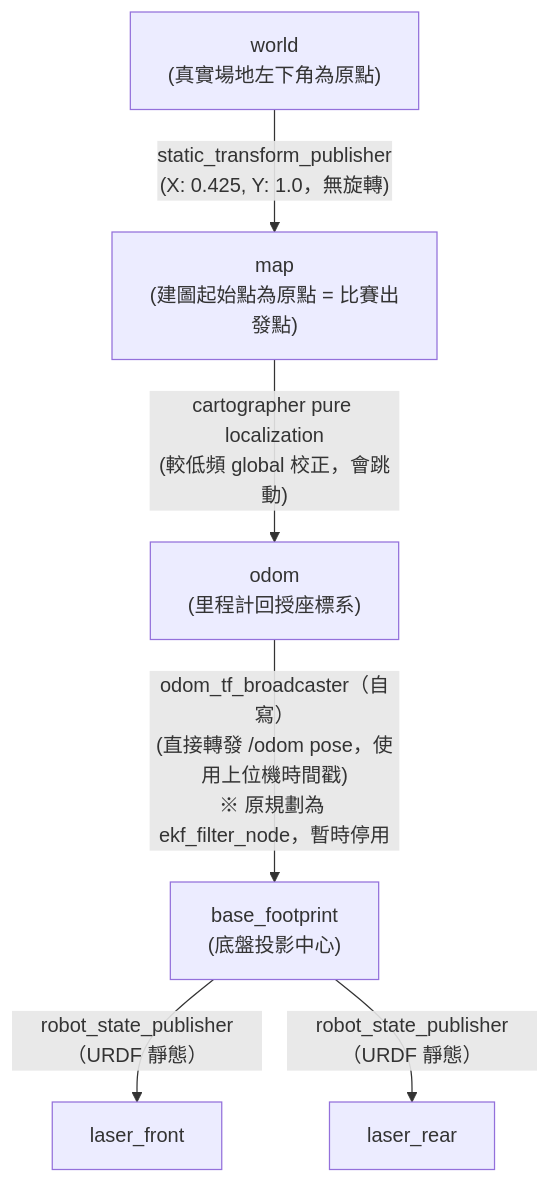
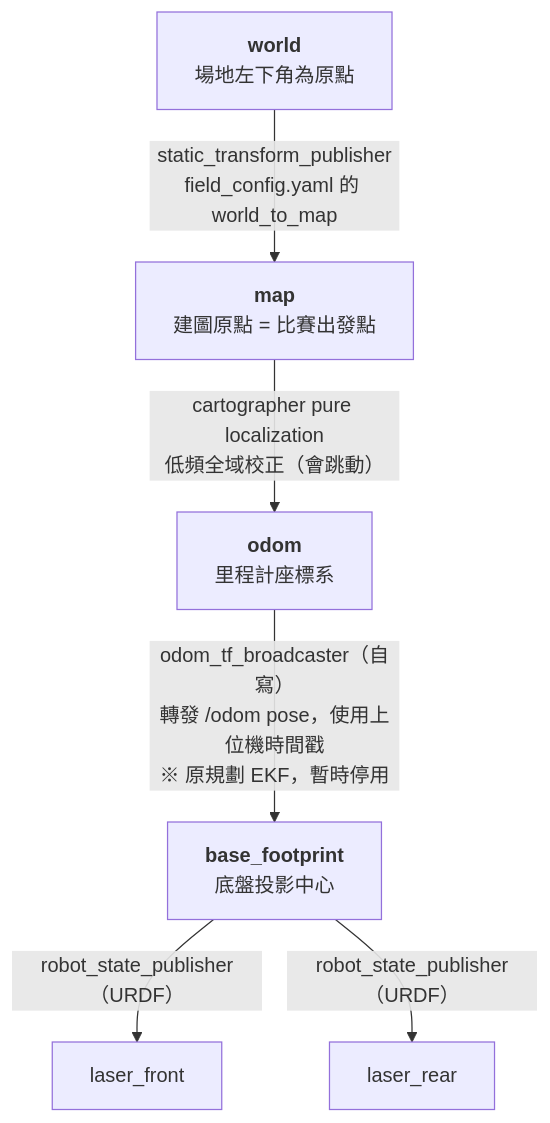
Before and after one commit to terryking0711/tdk_slam_ws: the fourth of 5 diagrams in README.md, drawn with Mermaid. The commit also changed other lines of this file, not shown here.

````diff
--- a/README.md
+++ b/README.md
@@ -130,15 +339,15 @@
 ```mermaid
-graph TD
-    world["world<br>(真實場地左下角為原點)"]
-    map["map<br>(建圖起始點為原點 = 比賽出發點)"]
-    odom["odom<br>(里程計回授座標系)"]
-    base_footprint["base_footprint<br>(底盤投影中心)"]
-    laser_front["laser_front"]
-    laser_rear["laser_rear"]
+flowchart TD
+    world["<b>world</b><br>場地左下角為原點"]
+    map["<b>map</b><br>建圖原點 = 比賽出發點"]
+    odom["<b>odom</b><br>里程計座標系"]
+    base["<b>base_footprint</b><br>底盤投影中心"]
+    lf["laser_front"]
+    lr["laser_rear"]
 
-    world -- "static_transform_publisher<br>(X: 0.425, Y: 1.0，無旋轉)" --> map
-    map -- "cartographer pure localization<br>(較低頻 global 校正，會跳動)" --> odom
-    odom -- "odom_tf_broadcaster（自寫）<br>(直接轉發 /odom pose，使用上位機時間戳)<br>※ 原規劃為 ekf_filter_node，暫時停用" --> base_footprint
-    base_footprint -- "robot_state_publisher（URDF 靜態）" --> laser_front
-    base_footprint -- "robot_state_publisher（URDF 靜態）" --> laser_rear
+    world -->|"static_transform_publisher<br>field_config.yaml 的 world_to_map"| map
+    map -->|"cartographer pure localization<br>低頻全域校正（會跳動）"| odom
+    odom -->|"odom_tf_broadcaster（自寫）<br>轉發 /odom pose，使用上位機時間戳<br>※ 原規劃 EKF，暫時停用"| base
+    base -->|"robot_state_publisher（URDF）"| lf
+    base -->|"robot_state_publisher（URDF）"| lr
 ```
````
